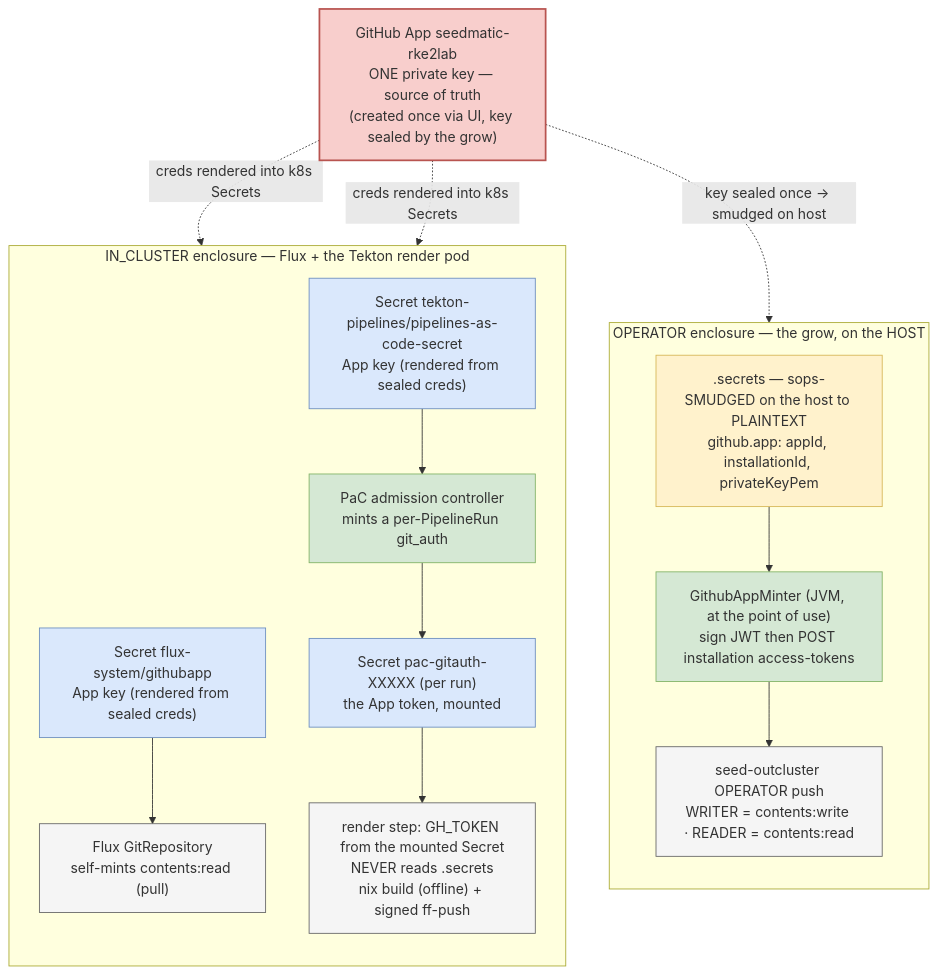
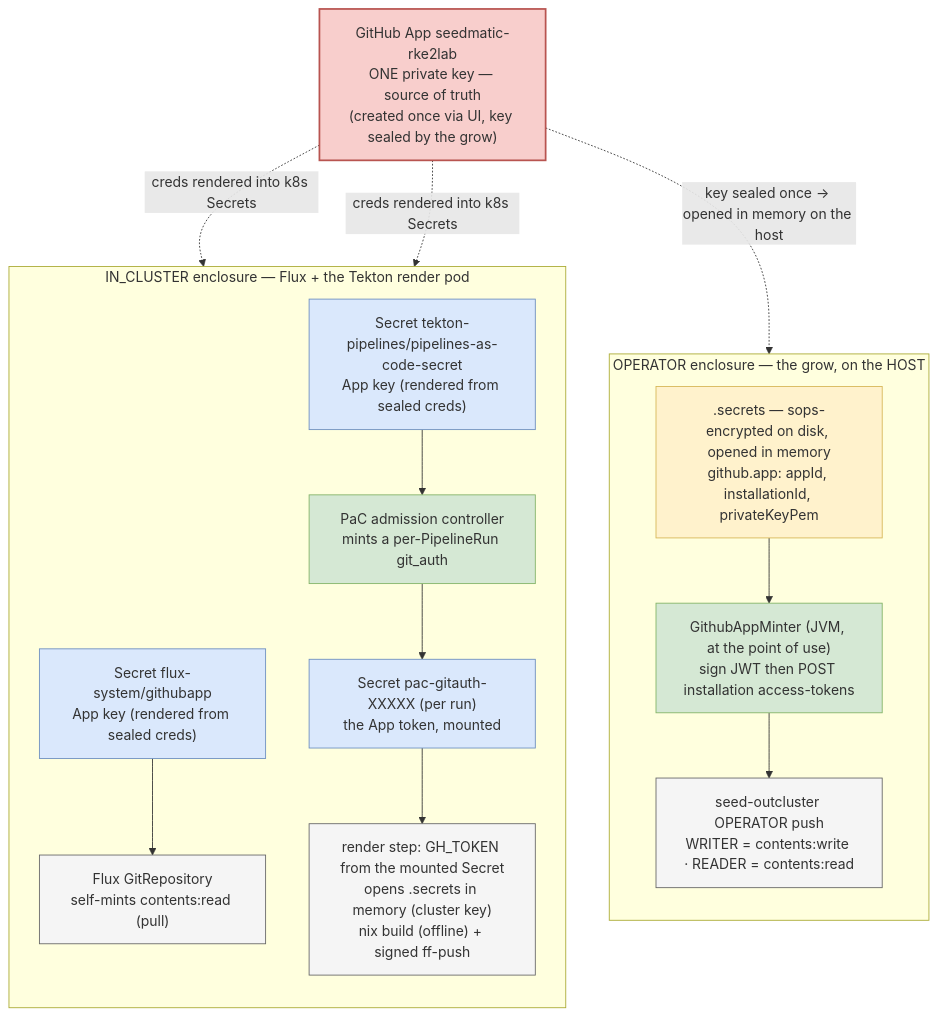
One commit to seedmatic/rke2lab changed the second of 5 diagrams in docs/architecture/cluster-api/github-credential-model.adoc. Above: the diagram before and after it, drawn with Mermaid. The commit also changed other lines of this file and 1 other file, not shown here.

First line of the commit message:
fix(render): the push token's git header lives only as long as the render

```diff
--- a/docs/architecture/cluster-api/github-credential-model.adoc
+++ b/docs/architecture/cluster-api/github-credential-model.adoc
@@ -279,38 +282,38 @@
 [mermaid,github-credential-model-enclosures,svg]
 ----
 flowchart TB
   App["GitHub App seedmatic-rke2lab<br/>ONE private key — source of truth<br/>(created once via UI, key sealed by the grow)"]:::root
 
   subgraph GROW["OPERATOR enclosure — the grow, on the HOST"]
     direction TB
-    DotSecrets[".secrets — sops-SMUDGED on the host to PLAINTEXT<br/>github.app: appId, installationId, privateKeyPem"]:::store
+    DotSecrets[".secrets — sops-encrypted on disk, opened in memory<br/>github.app: appId, installationId, privateKeyPem"]:::store
     MintOp["GithubAppMinter (JVM, at the point of use)<br/>sign JWT then POST installation access-tokens"]:::mint
     PushOp["seed-outcluster OPERATOR push<br/>WRITER = contents:write · READER = contents:read"]:::consumer
     DotSecrets --> MintOp
     MintOp --> PushOp
   end
 
   subgraph CLUSTER["IN_CLUSTER enclosure — Flux + the Tekton render pod"]
     direction TB
     SecGhApp["Secret flux-system/githubapp<br/>App key (rendered from sealed creds)"]:::ksecret
     SecPac["Secret tekton-pipelines/pipelines-as-code-secret<br/>App key (rendered from sealed creds)"]:::ksecret
     Flux["Flux GitRepository<br/>self-mints contents:read (pull)"]:::consumer
     PaC["PaC admission controller<br/>mints a per-PipelineRun git_auth"]:::mint
     SecGitAuth["Secret pac-gitauth-XXXXX (per run)<br/>the App token, mounted"]:::ksecret
-    Render["render step: GH_TOKEN from the mounted Secret<br/>NEVER reads .secrets<br/>nix build (offline) + signed ff-push"]:::consumer
+    Render["render step: GH_TOKEN from the mounted Secret<br/>opens .secrets in memory (cluster key)<br/>nix build (offline) + signed ff-push"]:::consumer
     SecGhApp --> Flux
     SecPac --> PaC
     PaC --> SecGitAuth
     SecGitAuth --> Render
   end
 
-  App -. "key sealed once → smudged on host" .-> DotSecrets
+  App -. "key sealed once → opened in memory on the host" .-> DotSecrets
   App -. "creds rendered into k8s Secrets" .-> SecGhApp
   App -. "creds rendered into k8s Secrets" .-> SecPac
 
   classDef root fill:#f8cecc,stroke:#b85450,stroke-width:2px;
   classDef store fill:#fff2cc,stroke:#d6b656;
   classDef ksecret fill:#dae8fc,stroke:#6c8ebf;
   classDef mint fill:#d5e8d4,stroke:#82b366;
   classDef consumer fill:#f5f5f5,stroke:#666;
 ----
```
